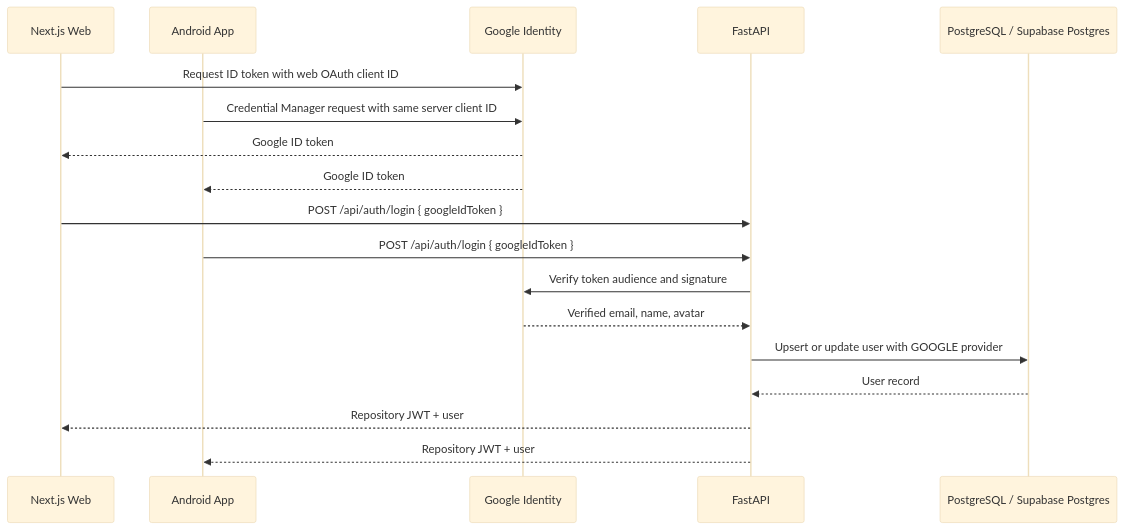
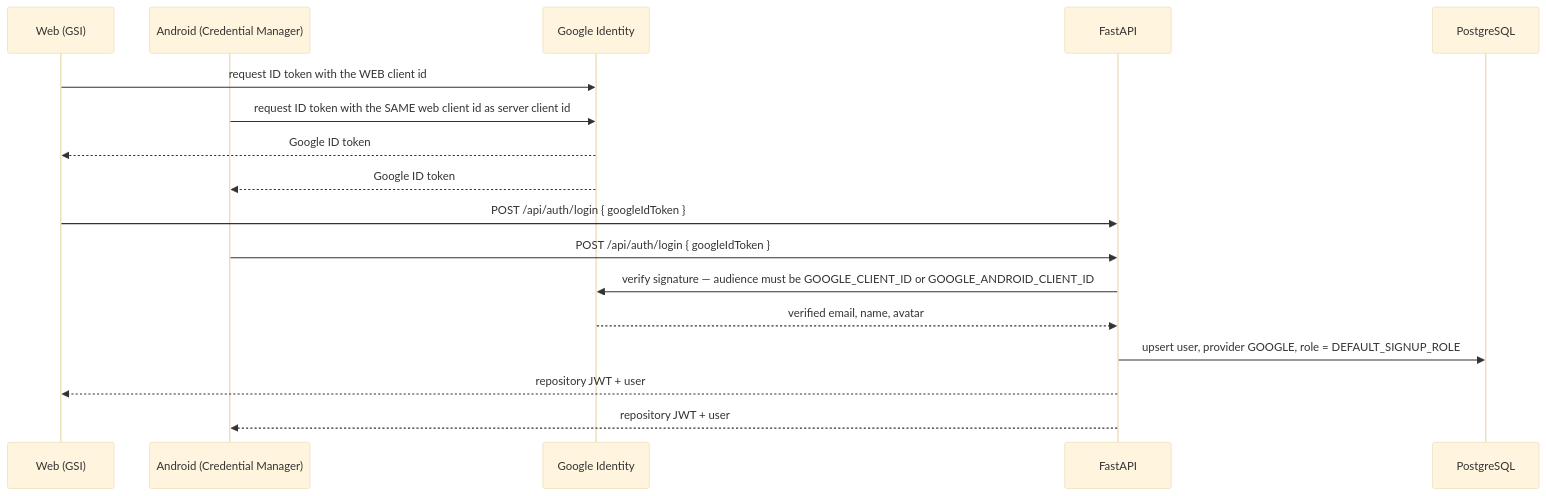
The sixth of 13 diagrams in docs/ARCHITECTURE.md (cxacraftecosystem-ui/documentation-portal), drawn with Mermaid (base theme) before and after one commit. The commit also changed other lines of this file and 278 other files, not shown here.

````diff
--- a/docs/ARCHITECTURE.md
+++ b/docs/ARCHITECTURE.md
@@ -73,21 +258,20 @@
 ```mermaid
 sequenceDiagram
-  participant Web as Next.js Web
-  participant Android as Android App
-  participant Google as Google Identity
+  participant W as Web (GSI)
+  participant A as Android (Credential Manager)
+  participant G as Google Identity
   participant API as FastAPI
-  participant DB as PostgreSQL / Supabase Postgres
+  participant DB as PostgreSQL
 
-  Web->>Google: Request ID token with web OAuth client ID
-  Android->>Google: Credential Manager request with same server client ID
-  Google-->>Web: Google ID token
-  Google-->>Android: Google ID token
-  Web->>API: POST /api/auth/login { googleIdToken }
-  Android->>API: POST /api/auth/login { googleIdToken }
-  API->>Google: Verify token audience and signature
-  Google-->>API: Verified email, name, avatar
-  API->>DB: Upsert or update user with GOOGLE provider
-  DB-->>API: User record
-  API-->>Web: Repository JWT + user
-  API-->>Android: Repository JWT + user
+  W->>G: request ID token with the WEB client id
+  A->>G: request ID token with the SAME web client id as server client id
+  G-->>W: Google ID token
+  G-->>A: Google ID token
+  W->>API: POST /api/auth/login { googleIdToken }
+  A->>API: POST /api/auth/login { googleIdToken }
+  API->>G: verify signature — audience must be GOOGLE_CLIENT_ID or GOOGLE_ANDROID_CLIENT_ID
+  G-->>API: verified email, name, avatar
+  API->>DB: upsert user, provider GOOGLE, role = DEFAULT_SIGNUP_ROLE
+  API-->>W: repository JWT + user
+  API-->>A: repository JWT + user
 ```
````
